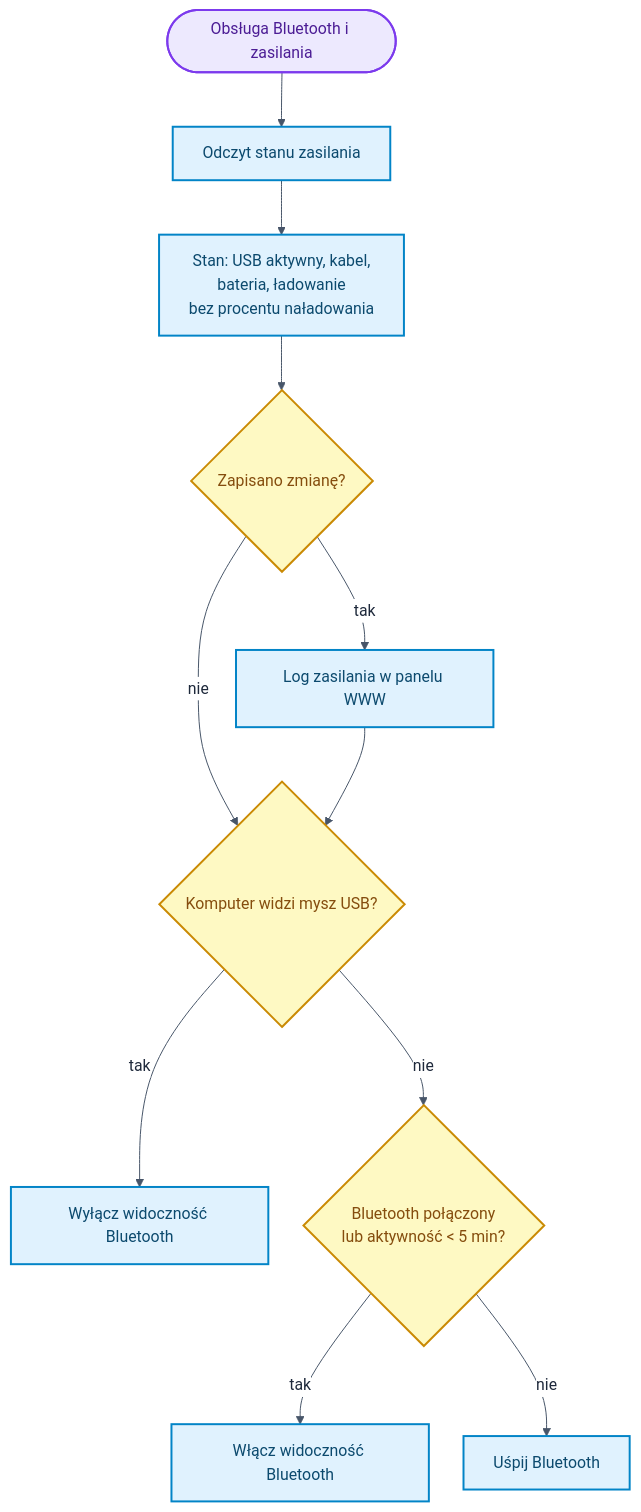
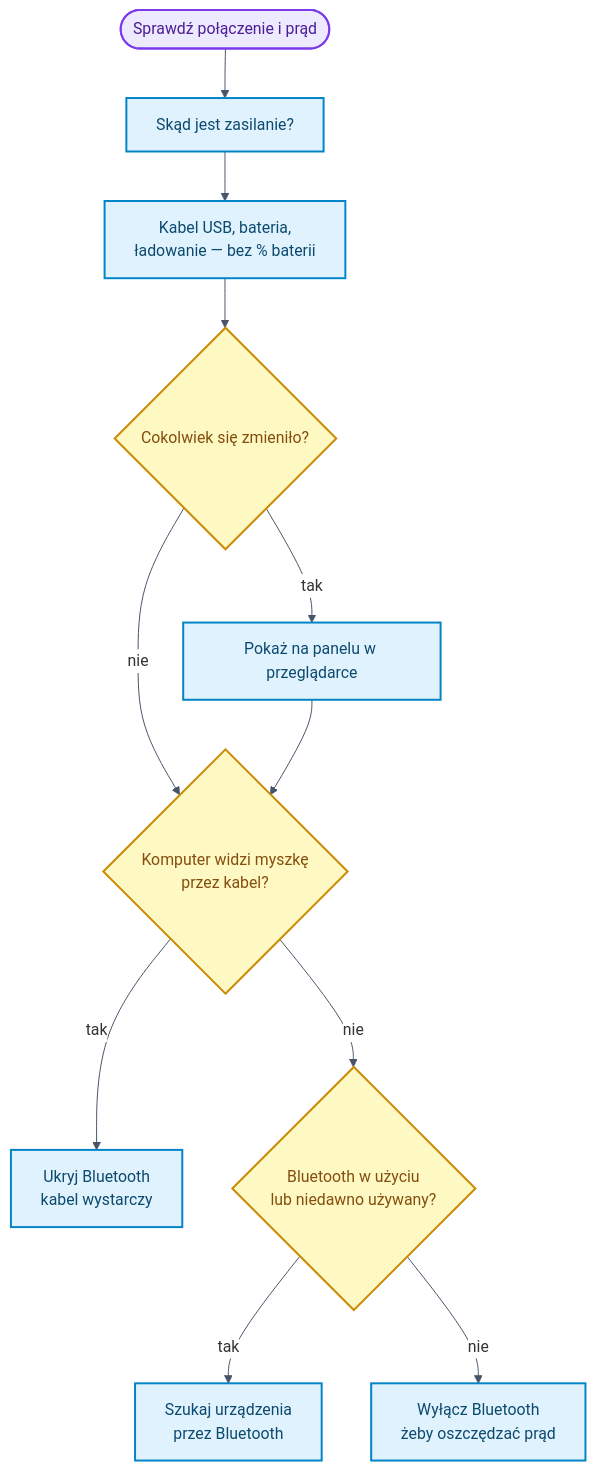
The fifth of 10 diagrams in README.md (bartkadres-ai/HEFAS-4.0), drawn with Mermaid before and after one commit. The commit also changed other lines of this file, not shown here.

````diff
--- a/README.md
+++ b/README.md
@@ -455,22 +457,22 @@
 ```mermaid
-%%{init: {"theme":"base","themeVariables":{"background":"#ffffff","mainBkg":"#ffffff","secondaryColor":"#ffffff","tertiaryColor":"#ffffff","primaryColor":"#ffffff","primaryTextColor":"#1e293b","secondaryTextColor":"#1e293b","tertiaryTextColor":"#1e293b","primaryBorderColor":"#64748b","lineColor":"#475569","clusterBkg":"#f8fafc","clusterBorder":"#cbd5e1","edgeLabelBackground":"#ffffff","textColor":"#1e293b"},"themeCSS":".mermaid,.mermaid svg{background-color:#ffffff!important;padding:8px}.nodeLabel,.edgeLabel,.label,.cluster-label{color:#1e293b!important}.cluster rect{fill:#f8fafc!important;stroke:#cbd5e1!important}","flowchart":{"curve":"basis","nodeSpacing":35,"rankSpacing":55}}}%%
+%%{init: { 'theme': 'default', 'themeVariables': { 'darkMode': false, 'background': '#ffffff', 'mainBkg': '#ffffff', 'primaryColor': '#ffffff', 'secondaryColor': '#ffffff', 'tertiaryColor': '#ffffff', 'primaryTextColor': '#1e293b', 'lineColor': '#475569', 'clusterBkg': '#f8fafc', 'clusterBorder': '#cbd5e1', 'edgeLabelBackground': '#ffffff', 'noteBkgColor': '#f8fafc', 'noteTextColor': '#475569' }}}%%
 flowchart TD
-    Z([Obsługa Bluetooth i zasilania]) --> ST[Odczyt stanu zasilania]
-    ST --> FL["Stan: USB aktywny, kabel,<br/>bateria, ładowanie<br/>bez procentu naładowania"]
-    FL --> CHG{Zapisano zmianę?}
-    CHG -->|tak| LOGZ[Log zasilania w panelu WWW]
+    Z([Sprawdź połączenie i prąd]) --> ST[Skąd jest zasilanie?]
+    ST --> FL["Kabel USB, bateria,<br/>ładowanie — bez % baterii"]
+    FL --> CHG{Cokolwiek się zmieniło?}
+    CHG -->|tak| LOGZ[Pokaż na panelu w przeglądarce]
     CHG -->|nie| USBCHK
-    LOGZ --> USBCHK{Komputer widzi mysz USB?}
+    LOGZ --> USBCHK{Komputer widzi myszkę<br/>przez kabel?}
 
-    USBCHK -->|tak| OFF[Wyłącz widoczność Bluetooth]
-    USBCHK -->|nie| CON{Bluetooth połączony<br/>lub aktywność &lt; 5 min?}
-    CON -->|tak| ON[Włącz widoczność Bluetooth]
-    CON -->|nie| SLEEP[Uśpij Bluetooth]
+    USBCHK -->|tak| OFF[Ukryj Bluetooth<br/>kabel wystarczy]
+    USBCHK -->|nie| CON{Bluetooth w użyciu<br/>lub niedawno używany?}
+    CON -->|tak| ON[Szukaj urządzenia<br/>przez Bluetooth]
+    CON -->|nie| SLEEP[Wyłącz Bluetooth<br/>żeby oszczędzać prąd]
 
     classDef startEnd fill:#ede9fe,stroke:#7c3aed,stroke-width:2px,color:#4c1d95
     classDef process fill:#e0f2fe,stroke:#0284c7,stroke-width:2px,color:#0c4a6e
     classDef decision fill:#fef9c3,stroke:#ca8a04,stroke-width:2px,color:#854d0e
     class Z startEnd
     class ST,FL,LOGZ,OFF,ON,SLEEP process
     class CHG,USBCHK,CON decision
 ```
````
